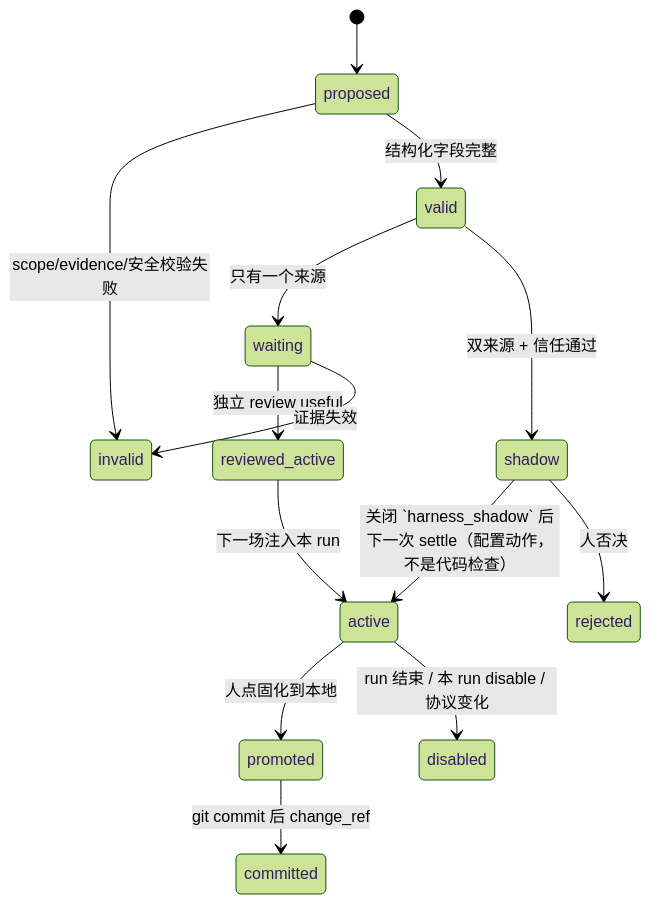
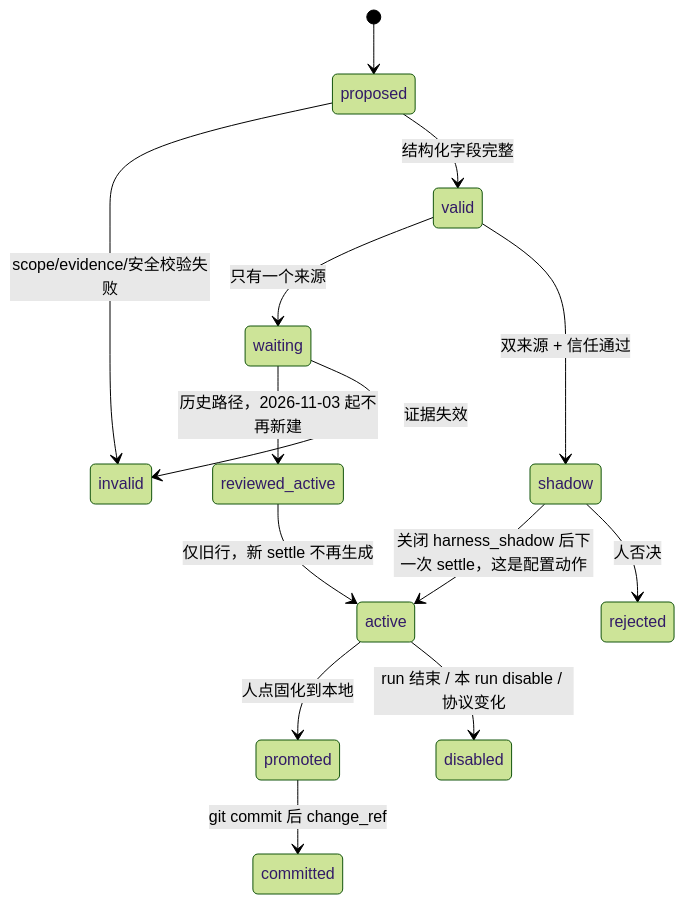
Before and after one commit to kuafuwang/ShapeForge: the seventh of 7 diagrams in docs/可信harness/架构与理论.md, drawn with Mermaid (forest theme). The commit also changed other lines of this file and 41 other files, not shown here.

First line of the commit message:
docs: explain the live architecture with diagrams instead of jargon

````diff
--- a/docs/可信harness/架构与理论.md
+++ b/docs/可信harness/架构与理论.md
@@ -356,16 +368,16 @@
 ```mermaid
 stateDiagram-v2
   [*] --> proposed
   proposed --> invalid: scope/evidence/安全校验失败
   proposed --> valid: 结构化字段完整
   valid --> waiting: 只有一个来源
   valid --> shadow: 双来源 + 信任通过
-  waiting --> reviewed_active: 独立 review useful
-  shadow --> active: 关闭 `harness_shadow` 后下一次 settle（配置动作，不是代码检查）
-  reviewed_active --> active: 下一场注入本 run
+  waiting --> reviewed_active: 历史路径，2026-11-03 起不再新建
+  shadow --> active: 关闭 harness_shadow 后下一次 settle，这是配置动作
+  reviewed_active --> active: 仅旧行，新 settle 不再生成
   shadow --> rejected: 人否决
   active --> promoted: 人点固化到本地
   promoted --> committed: git commit 后 change_ref
   active --> disabled: run 结束 / 本 run disable / 协议变化
   waiting --> invalid: 证据失效
 ```
````
